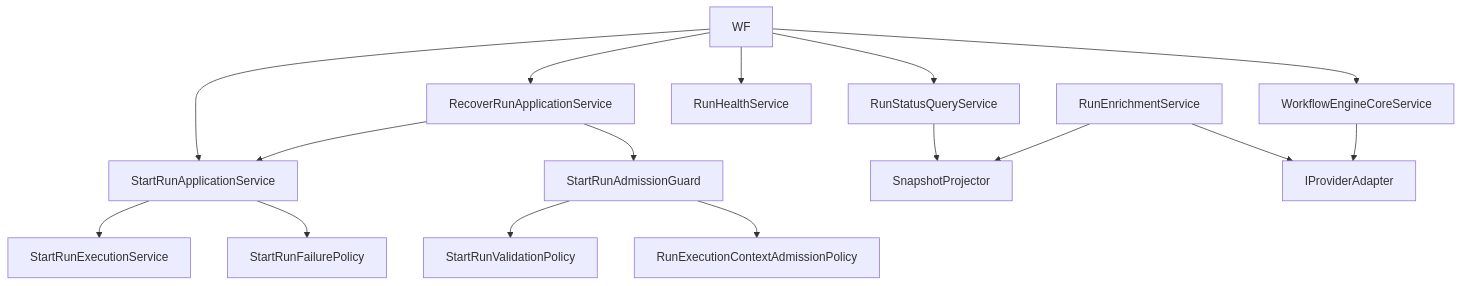
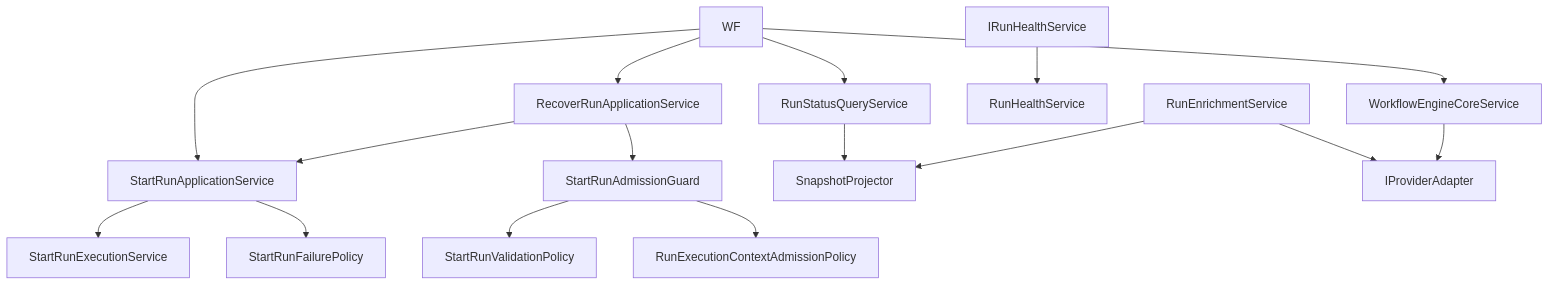
One commit to dunay2/dvt changed the second of 5 diagrams in docs/architecture/components/engine/architecture/workflow-engine-subsystem-context.md. Above: the diagram before and after it, drawn with Mermaid. The commit also changed other lines of this file and 19 other files, not shown here.

````diff
--- a/docs/architecture/components/engine/architecture/workflow-engine-subsystem-context.md
+++ b/docs/architecture/components/engine/architecture/workflow-engine-subsystem-context.md
@@ -135,18 +141,18 @@
 ```mermaid
 flowchart TB
   WF --> Coord["StartRunApplicationService"]
   WF --> Recover["RecoverRunApplicationService"]
   WF --> Query["RunStatusQueryService"]
-  WF --> Health["RunHealthService"]
   WF --> Core["WorkflowEngineCoreService"]
+  HealthApi["IRunHealthService"] --> Health["RunHealthService"]
   Recover --> Guard["StartRunAdmissionGuard"]
   Recover --> Coord
   Query --> Projector["SnapshotProjector"]
   Enrich["RunEnrichmentService"] --> Projector["SnapshotProjector"]
   Enrich --> Provider["IProviderAdapter"]
   Coord --> Exec["StartRunExecutionService"]
   Coord --> Fail["StartRunFailurePolicy"]
   Core --> Provider
   Guard --> Validation["StartRunValidationPolicy"]
   Guard --> RunCtxPolicy["RunExecutionContextAdmissionPolicy"]
 ```
````
